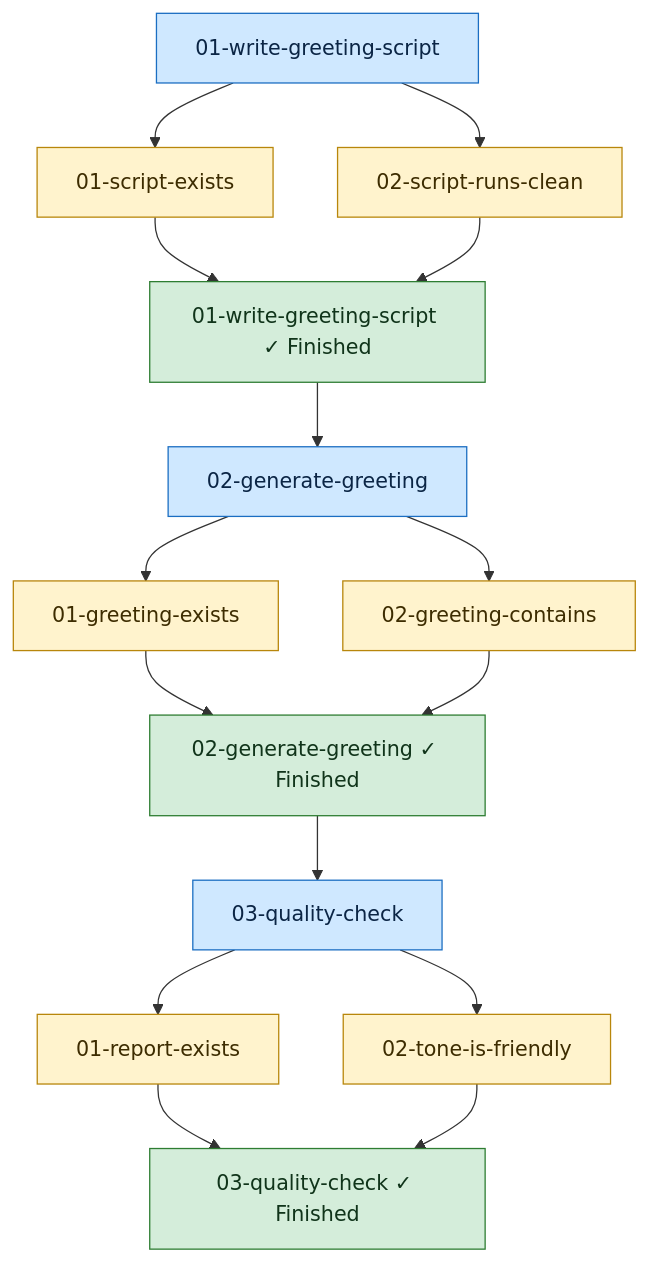
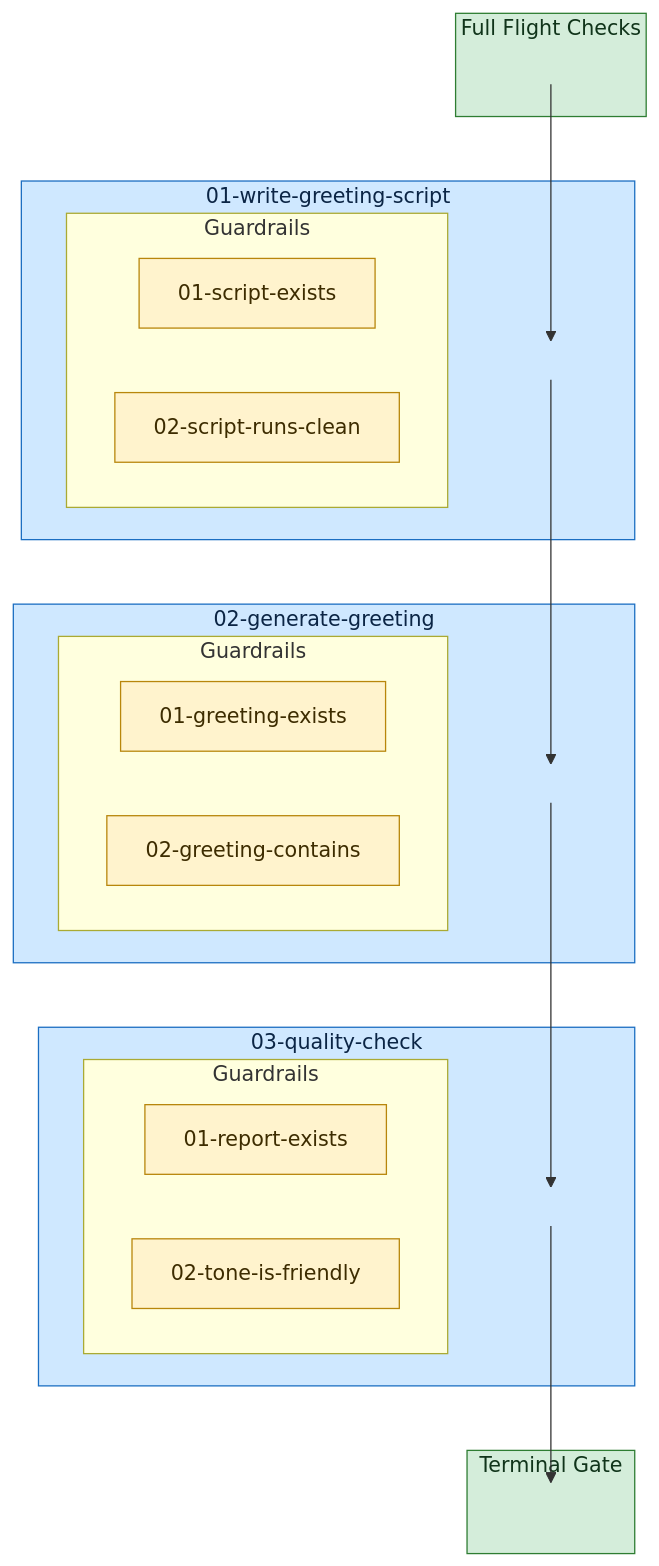
Before and after one commit to Servant-Software-LLC/Guardrails: the diagram in examples/hello-guardrails/hello-guardrails/diagram.md, drawn with Mermaid. The commit also changed other lines of this file and 4 other files, not shown here.

Commit message:
Guardrails-Task: 14-implement-diagram-renderer Guardrails-Run: c0bc3c0b

````diff
--- a/examples/hello-guardrails/hello-guardrails/diagram.md
+++ b/examples/hello-guardrails/hello-guardrails/diagram.md
@@ -3,32 +3,44 @@
 ```mermaid
 flowchart TD
-  task_01_write_greeting_script["01-write-greeting-script"]:::task
-  gr_01_write_greeting_script_0["01-script-exists"]:::guardrail
-  task_01_write_greeting_script --> gr_01_write_greeting_script_0
-  gr_01_write_greeting_script_0 --> done_01_write_greeting_script
-  gr_01_write_greeting_script_1["02-script-runs-clean"]:::guardrail
-  task_01_write_greeting_script --> gr_01_write_greeting_script_1
-  gr_01_write_greeting_script_1 --> done_01_write_greeting_script
-  done_01_write_greeting_script["01-write-greeting-script ✓ Finished"]:::done
-  task_02_generate_greeting["02-generate-greeting"]:::task
-  gr_02_generate_greeting_0["01-greeting-exists"]:::guardrail
-  task_02_generate_greeting --> gr_02_generate_greeting_0
-  gr_02_generate_greeting_0 --> done_02_generate_greeting
-  gr_02_generate_greeting_1["02-greeting-contains"]:::guardrail
-  task_02_generate_greeting --> gr_02_generate_greeting_1
-  gr_02_generate_greeting_1 --> done_02_generate_greeting
-  done_02_generate_greeting["02-generate-greeting ✓ Finished"]:::done
-  task_03_quality_check["03-quality-check"]:::task
-  gr_03_quality_check_0["01-report-exists"]:::guardrail
-  task_03_quality_check --> gr_03_quality_check_0
-  gr_03_quality_check_0 --> done_03_quality_check
-  gr_03_quality_check_1["02-tone-is-friendly"]:::guardrail
-  task_03_quality_check --> gr_03_quality_check_1
-  gr_03_quality_check_1 --> done_03_quality_check
-  done_03_quality_check["03-quality-check ✓ Finished"]:::done
-  done_01_write_greeting_script --> task_02_generate_greeting
-  done_02_generate_greeting --> task_03_quality_check
+  subgraph plan_preflights["Full Flight Checks"]
+    plan_preflights_anchor[" "]:::invisible
+  end
+  class plan_preflights planLevel;
+  subgraph task_01_write_greeting_script["01-write-greeting-script"]
+    task_01_write_greeting_script_anchor[" "]:::invisible
+    subgraph task_01_write_greeting_script_guardrails["Guardrails"]
+      task_01_write_greeting_script_gr_0["01-script-exists"]:::guardrail
+      task_01_write_greeting_script_gr_1["02-script-runs-clean"]:::guardrail
+    end
+  end
+  class task_01_write_greeting_script task;
+  subgraph task_02_generate_greeting["02-generate-greeting"]
+    task_02_generate_greeting_anchor[" "]:::invisible
+    subgraph task_02_generate_greeting_guardrails["Guardrails"]
+      task_02_generate_greeting_gr_0["01-greeting-exists"]:::guardrail
+      task_02_generate_greeting_gr_1["02-greeting-contains"]:::guardrail
+    end
+  end
+  class task_02_generate_greeting task;
+  subgraph task_03_quality_check["03-quality-check"]
+    task_03_quality_check_anchor[" "]:::invisible
+    subgraph task_03_quality_check_guardrails["Guardrails"]
+      task_03_quality_check_gr_0["01-report-exists"]:::guardrail
+      task_03_quality_check_gr_1["02-tone-is-friendly"]:::guardrail
+    end
+  end
+  class task_03_quality_check task;
+  subgraph plan_guardrails["Terminal Gate"]
+    plan_guardrails_anchor[" "]:::invisible
+  end
+  class plan_guardrails planLevel;
+  plan_preflights_anchor --> task_01_write_greeting_script_anchor
+  task_01_write_greeting_script_anchor --> task_02_generate_greeting_anchor
+  task_02_generate_greeting_anchor --> task_03_quality_check_anchor
+  task_03_quality_check_anchor --> plan_guardrails_anchor
   classDef task fill:#cfe8ff,stroke:#1b6ec2,color:#0b2545;
+  classDef preflight fill:#e6d7ff,stroke:#6f42c1,color:#2e1065;
   classDef guardrail fill:#fff3cd,stroke:#b8860b,color:#3d2c00;
-  classDef done fill:#d4edda,stroke:#2e7d32,color:#10341a;
+  classDef planLevel fill:#d4edda,stroke:#2e7d32,color:#10341a;
+  classDef invisible fill:none,stroke:none;
 ```
````
